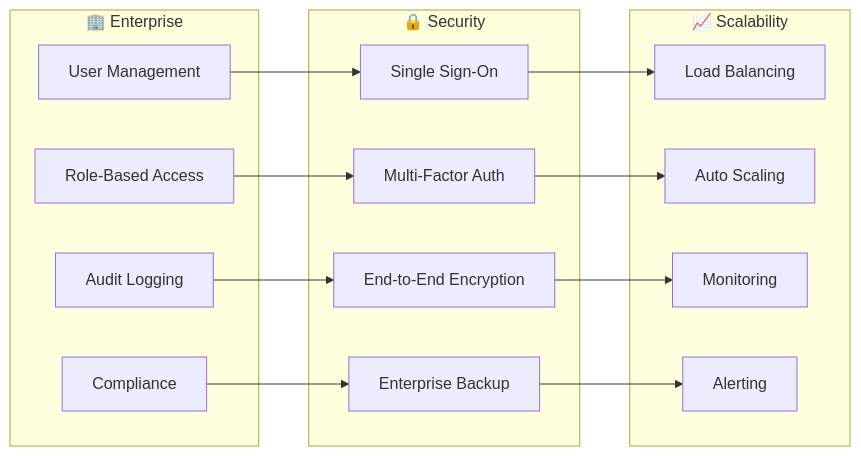
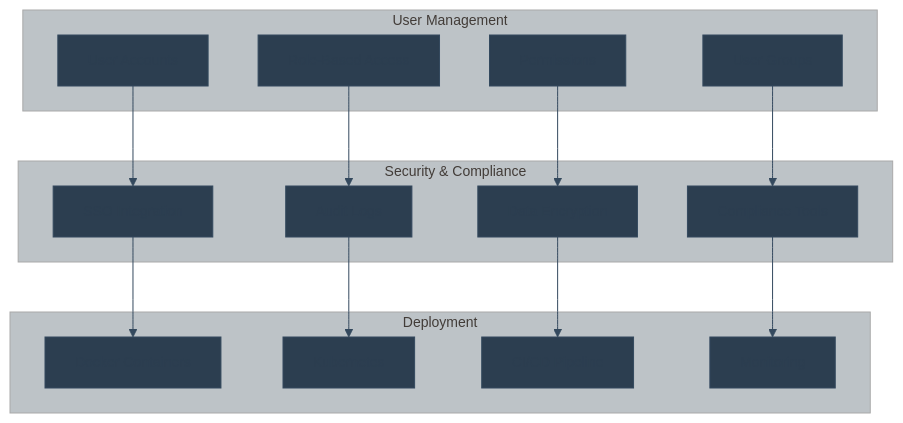
Before and after one commit to khaosans/basic-chat: the sixth of 10 diagrams in docs/ROADMAP.md, drawn with Mermaid. The commit also changed other lines of this file and 10 other files, not shown here.

````diff
--- a/docs/ROADMAP.md
+++ b/docs/ROADMAP.md
@@ -270,33 +271,34 @@
 ```mermaid
-graph LR
-    subgraph "🏢 Enterprise"
-        USER_MGMT[User Management]
+%%{init: {'theme': 'base', 'themeVariables': { 'fontSize': '14px', 'fontFamily': 'arial', 'primaryColor': '#2c3e50', 'primaryTextColor': '#2c3e50', 'primaryBorderColor': '#34495e', 'lineColor': '#34495e', 'secondaryColor': '#ecf0f1', 'tertiaryColor': '#bdc3c7'}}}%%
+graph TB
+    subgraph "User Management"
+        USERS[User Accounts]
         ROLES[Role-Based Access]
-        AUDIT[Audit Logging]
-        COMPLIANCE[Compliance]
+        PERMISSIONS[Permissions]
+        GROUPS[User Groups]
     end
     
-    subgraph "🔒 Security"
-        SSO[Single Sign-On]
-        MFA[Multi-Factor Auth]
-        ENCRYPTION[End-to-End Encryption]
-        BACKUP[Enterprise Backup]
+    subgraph "Security & Compliance"
+        SSO_INTEGRATION[SSO Integration]
+        AUDIT_LOGS[Audit Logs]
+        ENCRYPTION[Data Encryption]
+        COMPLIANCE[Compliance Tools]
     end
     
-    subgraph "📈 Scalability"
-        LOAD_BALANCING[Load Balancing]
-        AUTO_SCALING[Auto Scaling]
+    subgraph "Deployment"
+        DOCKER[Docker Containers]
+        KUBERNETES[Kubernetes]
+        CI_CD[CI/CD Pipeline]
         MONITORING[Monitoring]
-        ALERTING[Alerting]
     end
     
-    USER_MGMT --> SSO
-    ROLES --> MFA
-    AUDIT --> ENCRYPTION
-    COMPLIANCE --> BACKUP
+    USERS --> SSO_INTEGRATION
+    ROLES --> AUDIT_LOGS
+    PERMISSIONS --> ENCRYPTION
+    GROUPS --> COMPLIANCE
     
-    SSO --> LOAD_BALANCING
-    MFA --> AUTO_SCALING
-    ENCRYPTION --> MONITORING
-    BACKUP --> ALERTING
+    SSO_INTEGRATION --> DOCKER
+    AUDIT_LOGS --> KUBERNETES
+    ENCRYPTION --> CI_CD
+    COMPLIANCE --> MONITORING
 ```
````
